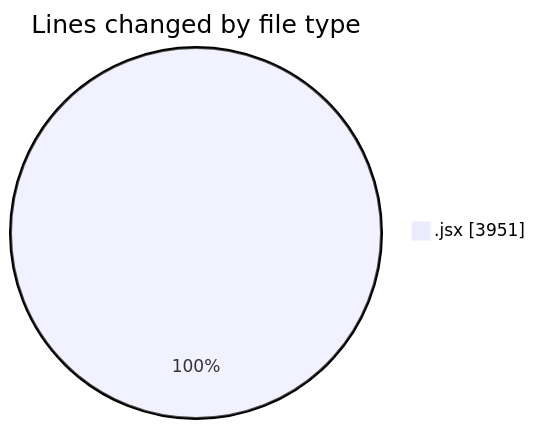
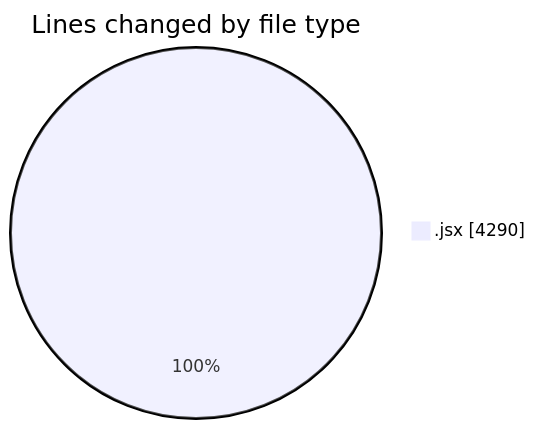
One commit to nxtqubesakshisongat/code-tracking changed the first of 2 diagrams in 2025-05-14/argos-dev/README.md. Above: the diagram before and after it, drawn with Mermaid. The commit also changed other lines of this file and 1 other file, not shown here.

````diff
--- a/2025-05-14/argos-dev/README.md
+++ b/2025-05-14/argos-dev/README.md
@@ -26,5 +26,5 @@
 ```mermaid
 pie showData
 title Lines changed by file type
-".jsx" : 3951
+".jsx" : 4290
 ```
````
